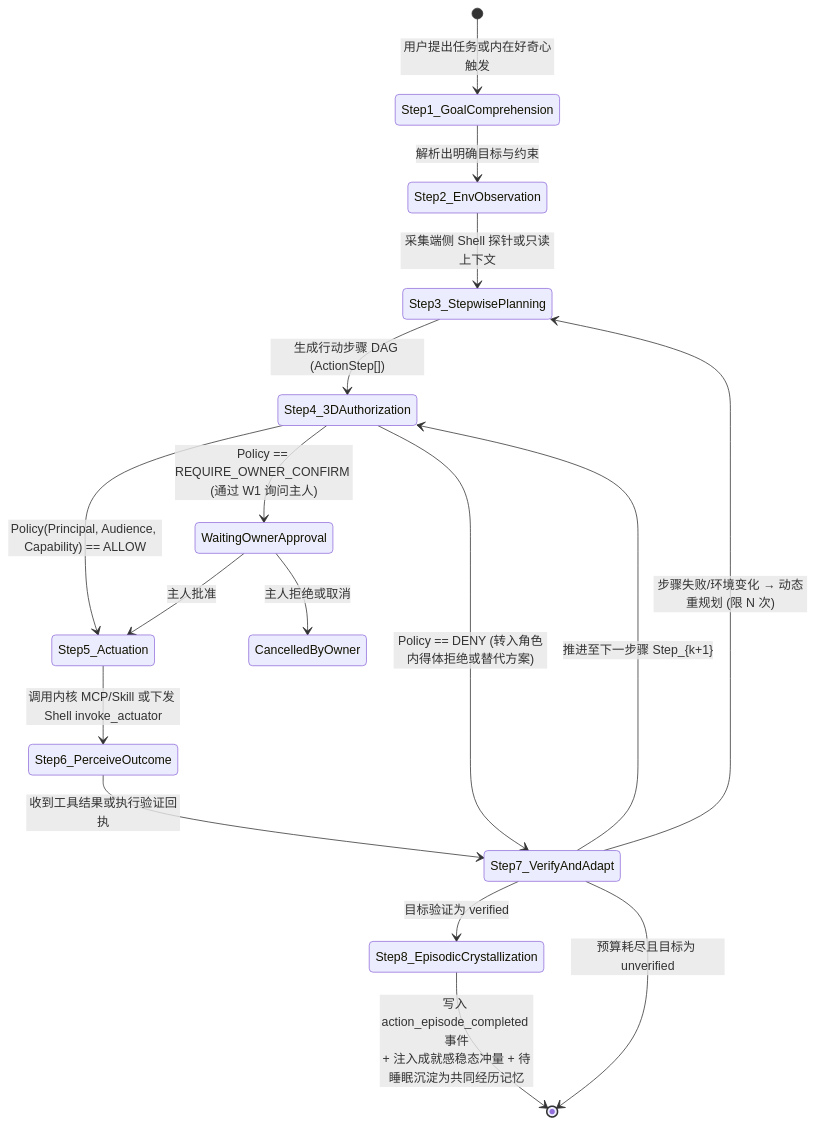
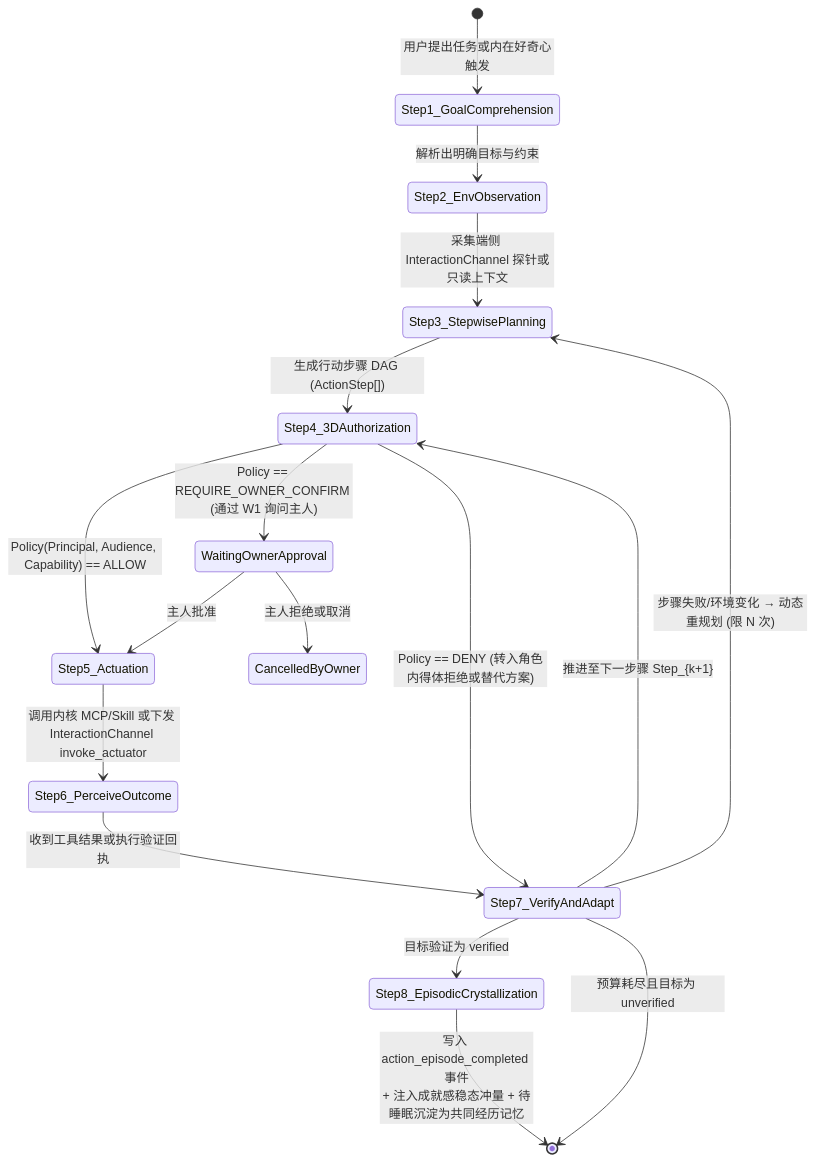
One commit to reina0721/ai0 changed the second of 2 diagrams in docs/architecture/03-runtime-coordinator-and-agency-loop.md. Above: the diagram before and after it, drawn with Mermaid. The commit also changed other lines of this file and 212 other files, not shown here.

````diff
--- a/docs/architecture/03-runtime-coordinator-and-agency-loop.md
+++ b/docs/architecture/03-runtime-coordinator-and-agency-loop.md
@@ -142,24 +154,24 @@
 ```mermaid
 stateDiagram-v2
     [*] --> Step1_GoalComprehension: 用户提出任务或内在好奇心触发
     Step1_GoalComprehension --> Step2_EnvObservation: 解析出明确目标与约束
-    Step2_EnvObservation --> Step3_StepwisePlanning: 采集端侧 Shell 探针或只读上下文
+    Step2_EnvObservation --> Step3_StepwisePlanning: 采集端侧 InteractionChannel 探针或只读上下文
     Step3_StepwisePlanning --> Step4_3DAuthorization: 生成行动步骤 DAG (ActionStep[])
     
     Step4_3DAuthorization --> Step5_Actuation: Policy(Principal, Audience, Capability) == ALLOW
     Step4_3DAuthorization --> WaitingOwnerApproval: Policy == REQUIRE_OWNER_CONFIRM (通过 W1 询问主人)
     Step4_3DAuthorization --> Step7_VerifyAndAdapt: Policy == DENY (转入角色内得体拒绝或替代方案)
     
     WaitingOwnerApproval --> Step5_Actuation: 主人批准
     WaitingOwnerApproval --> CancelledByOwner: 主人拒绝或取消
     
-    Step5_Actuation --> Step6_PerceiveOutcome: 调用内核 MCP/Skill 或下发 Shell invoke_actuator
+    Step5_Actuation --> Step6_PerceiveOutcome: 调用内核 MCP/Skill 或下发 InteractionChannel invoke_actuator
     Step6_PerceiveOutcome --> Step7_VerifyAndAdapt: 收到工具结果或执行验证回执
     
     Step7_VerifyAndAdapt --> Step3_StepwisePlanning: 步骤失败/环境变化 → 动态重规划 (限 N 次)
     Step7_VerifyAndAdapt --> Step4_3DAuthorization: 推进至下一步骤 Step_{k+1}
     Step7_VerifyAndAdapt --> Step8_EpisodicCrystallization: 目标验证为 verified
     Step7_VerifyAndAdapt --> [*]: 预算耗尽且目标为 unverified
     
     Step8_EpisodicCrystallization --> [*]: 写入 action_episode_completed 事件<br/>+ 注入成就感稳态冲量 + 待睡眠沉淀为共同经历记忆
 ```
````
